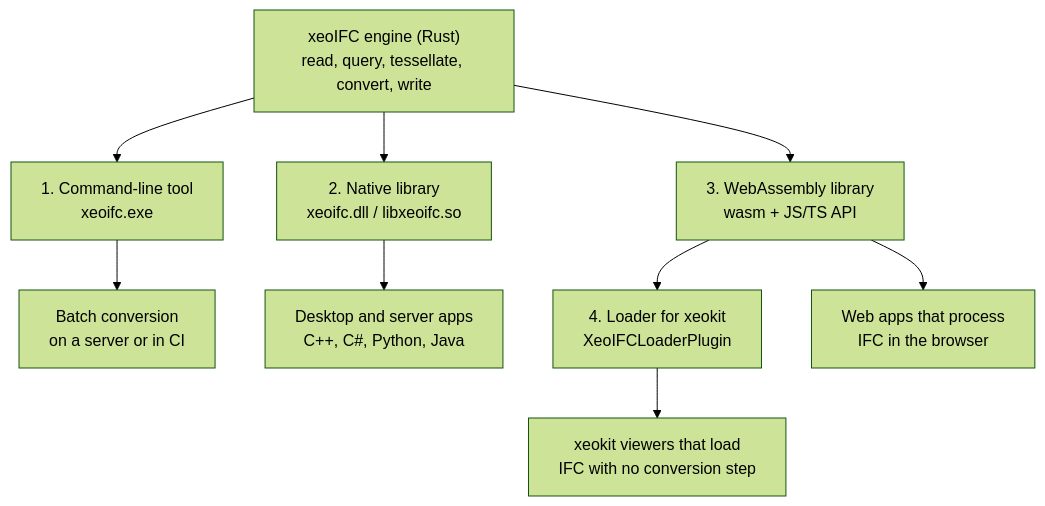
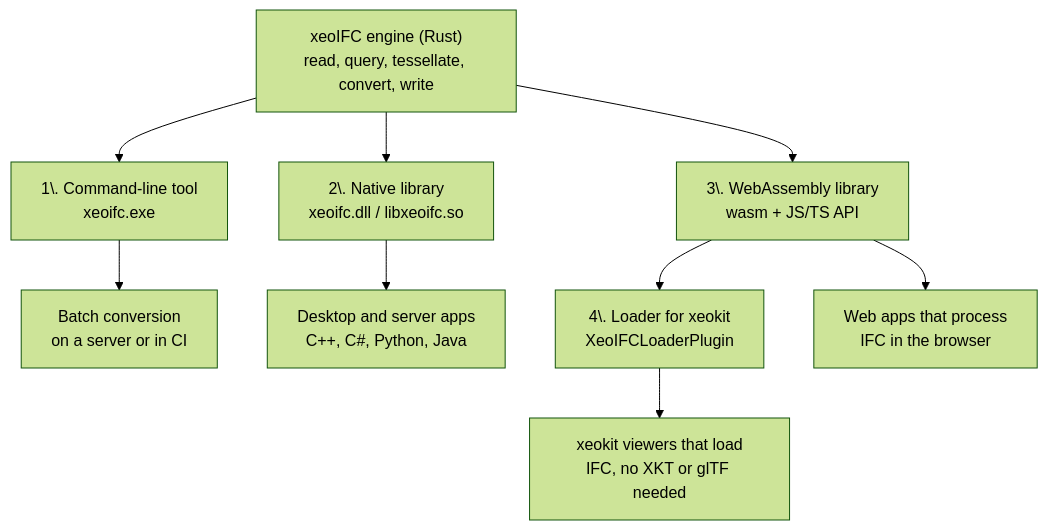
The diagram in README.md (xeofoundry/xeoIFC), drawn with Mermaid (forest theme) before and after one commit. The commit also changed other lines of this file and 4 other files, not shown here.

````diff
--- a/README.md
+++ b/README.md
@@ -57,12 +57,12 @@
 ```mermaid
 flowchart TD
     E["xeoIFC engine (Rust)<br/>read, query, tessellate, convert, write"]
-    E --> CLI["1. Command-line tool<br/>xeoifc.exe"]
-    E --> NAT["2. Native library<br/>xeoifc.dll / libxeoifc.so"]
-    E --> WASM["3. WebAssembly library<br/>wasm + JS/TS API"]
-    WASM --> XL["4. Loader for xeokit<br/>XeoIFCLoaderPlugin"]
+    E --> CLI["1\. Command-line tool<br/>xeoifc.exe"]
+    E --> NAT["2\. Native library<br/>xeoifc.dll / libxeoifc.so"]
+    E --> WASM["3\. WebAssembly library<br/>wasm + JS/TS API"]
+    WASM --> XL["4\. Loader for xeokit<br/>XeoIFCLoaderPlugin"]
     CLI --> U1["Batch conversion<br/>on a server or in CI"]
     NAT --> U2["Desktop and server apps<br/>C++, C#, Python, Java"]
     WASM --> U3["Web apps that process<br/>IFC in the browser"]
-    XL --> U4["xeokit viewers that load<br/>IFC with no conversion step"]
+    XL --> U4["xeokit viewers that load<br/>IFC, no XKT or glTF needed"]
 ```
````
